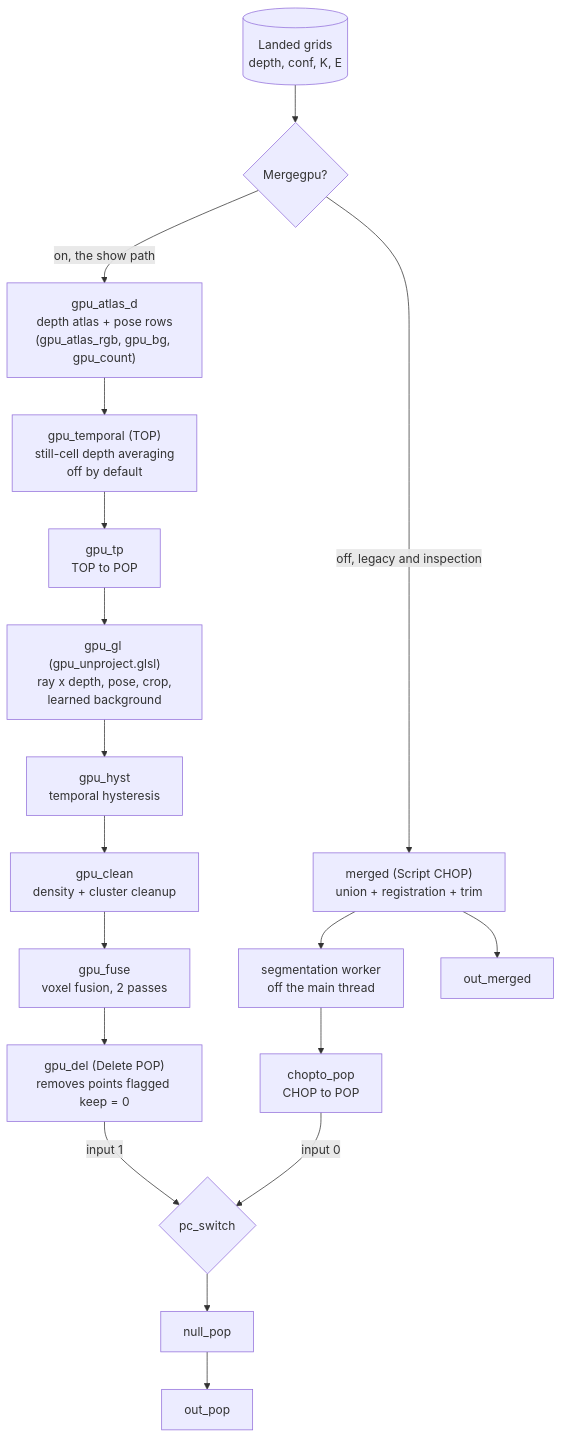
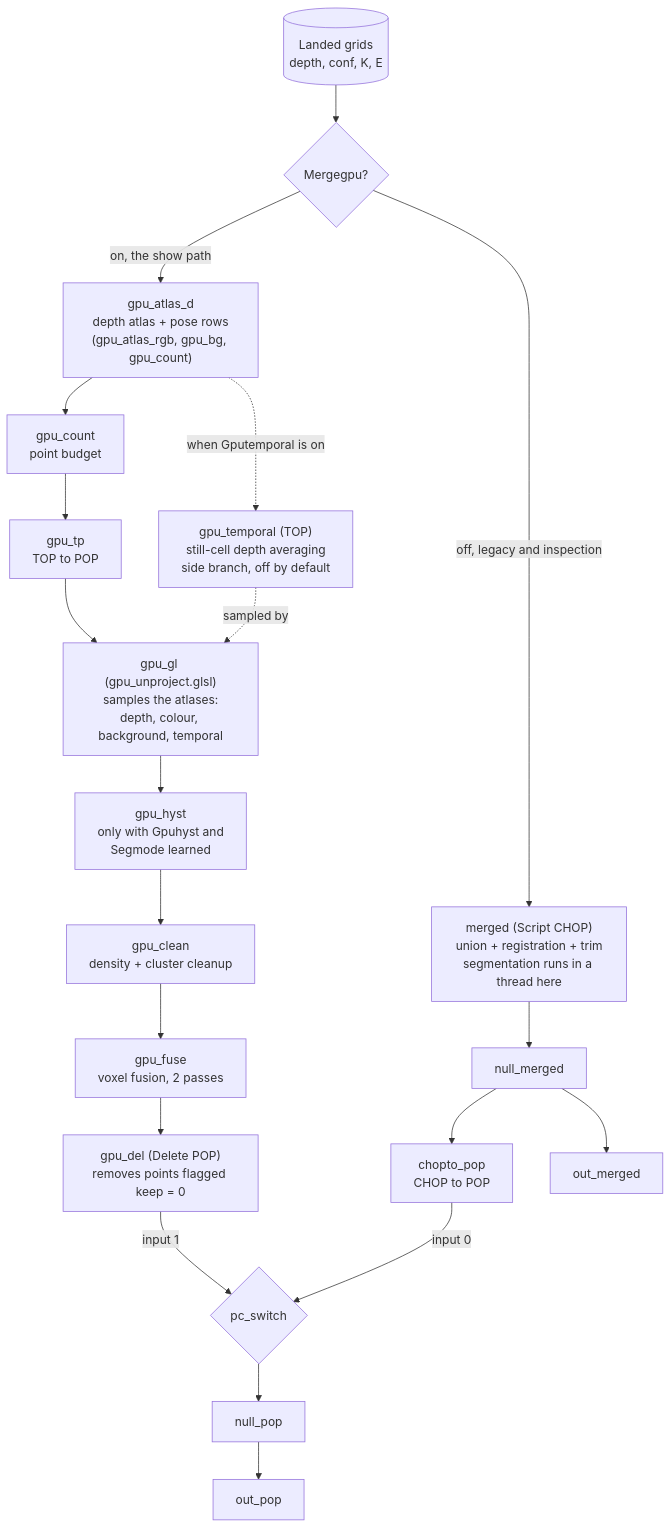
The second of 2 diagrams in td/pipeline.md (AristidesAI/TDStage-Docs), drawn with Mermaid before and after one commit. The commit also changed other lines of this file and 2 other files, not shown here.

````diff
--- a/td/pipeline.md
+++ b/td/pipeline.md
@@ -97,30 +111,33 @@
 ```mermaid
 flowchart TD
   ST[("Landed grids<br/>depth, conf, K, E")]
   SW{"Mergegpu?"}
   A["gpu_atlas_d<br/>depth atlas + pose rows<br/>(gpu_atlas_rgb, gpu_bg, gpu_count)"]
-  T["gpu_temporal (TOP)<br/>still-cell depth averaging<br/>off by default"]
+  T["gpu_temporal (TOP)<br/>still-cell depth averaging<br/>side branch, off by default"]
+  CNT["gpu_count<br/>point budget"]
   TP["gpu_tp<br/>TOP to POP"]
-  GL["gpu_gl (gpu_unproject.glsl)<br/>ray x depth, pose, crop,<br/>learned background"]
-  H["gpu_hyst<br/>temporal hysteresis"]
+  GL["gpu_gl (gpu_unproject.glsl)<br/>samples the atlases:<br/>depth, colour, background, temporal"]
+  H["gpu_hyst<br/>only with Gpuhyst and<br/>Segmode learned"]
   C["gpu_clean<br/>density + cluster cleanup"]
   F["gpu_fuse<br/>voxel fusion, 2 passes"]
   D["gpu_del (Delete POP)<br/>removes points flagged keep = 0"]
-  M["merged (Script CHOP)<br/>union + registration + trim"]
-  W["segmentation worker<br/>off the main thread"]
+  M["merged (Script CHOP)<br/>union + registration + trim<br/>segmentation runs in a thread here"]
+  NM["null_merged"]
   CTP["chopto_pop<br/>CHOP to POP"]
   CH["out_merged"]
   PS{"pc_switch"}
   NP["null_pop"]
   POP["out_pop"]
 
   ST --> SW
   SW -- "on, the show path" --> A
-  A --> T --> TP --> GL --> H --> C --> F --> D
+  A --> CNT --> TP --> GL --> H --> C --> F --> D
+  A -. "when Gputemporal is on" .-> T
+  T -. "sampled by" .-> GL
   D -- "input 1" --> PS
   SW -- "off, legacy and inspection" --> M
-  M --> W --> CTP
+  M --> NM --> CTP
   CTP -- "input 0" --> PS
-  M --> CH
+  NM --> CH
   PS --> NP --> POP
 ```
````
